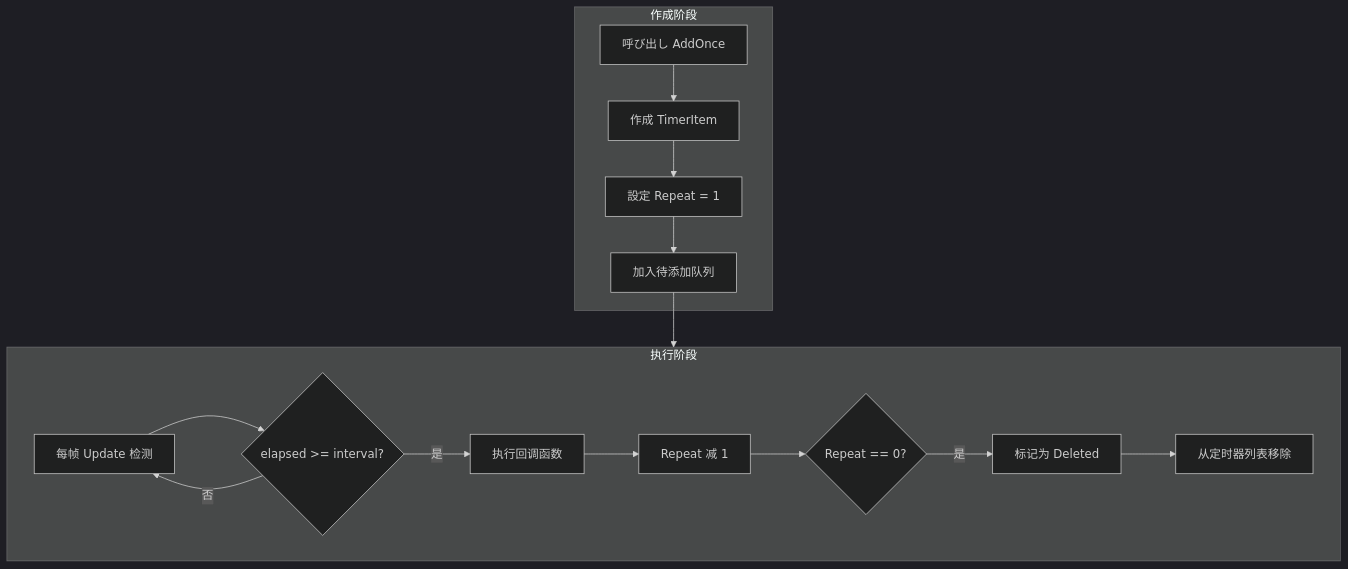
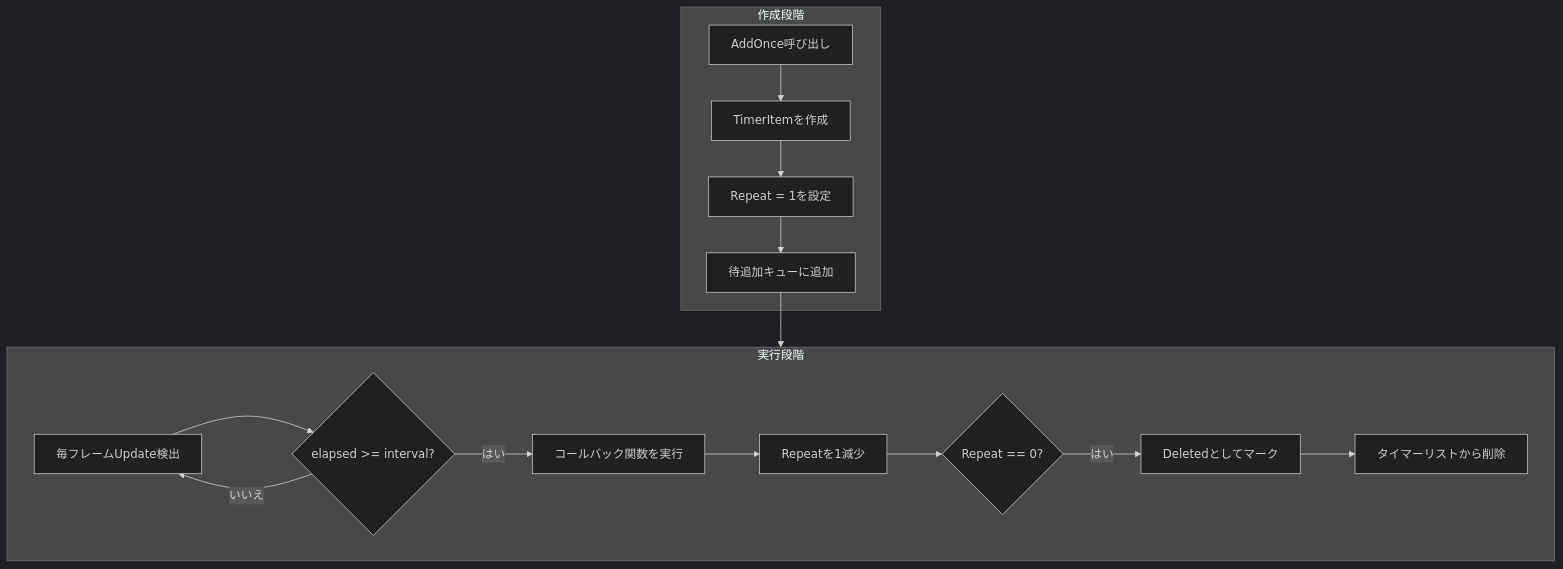
One commit to AlianBlank/GameFrameX.Docs changed the diagram in docs/ja/client/unity/component/timer/09.add-once.md. Above: the diagram before and after it, drawn with Mermaid (dark theme). The commit also changed other lines of this file and 320 other files, not shown here.

````diff
--- a/docs/ja/client/unity/component/timer/09.add-once.md
+++ b/docs/ja/client/unity/component/timer/09.add-once.md
@@ -33,20 +33,20 @@
 ```mermaid
 flowchart TD
-    subgraph 作成阶段["作成阶段"]
-        A1[呼び出し AddOnce] --> A2[作成 TimerItem]
-        A2 --> A3[設定 Repeat = 1]
-        A3 --> A4[加入待添加队列]
+    subgraph 作成段階["作成段階"]
+        A1[AddOnce呼び出し] --> A2[TimerItemを作成]
+        A2 --> A3[Repeat = 1を設定]
+        A3 --> A4[待追加キューに追加]
     end
-    
-    subgraph 执行阶段["执行阶段"]
-        B1[每帧 Update 检测] --> B2{elapsed >= interval?}
-        B2 -->|否| B1
-        B2 -->|是| B3[执行回调函数]
-        B3 --> B4[Repeat 减 1]
+
+    subgraph 実行段階["実行段階"]
+        B1[毎フレームUpdate検出] --> B2{elapsed >= interval?}
+        B2 -->|いいえ| B1
+        B2 -->|はい| B3[コールバック関数を実行]
+        B3 --> B4[Repeatを1減少]
         B4 --> B5{Repeat == 0?}
-        B5 -->|是| B6[标记为 Deleted]
-        B6 --> B7[从定时器列表移除]
+        B5 -->|はい| B6[Deletedとしてマーク]
+        B6 --> B7[タイマーリストから削除]
     end
-    
-    A4 --> 执行阶段
+
+    A4 --> 実行段階
 ```
````
